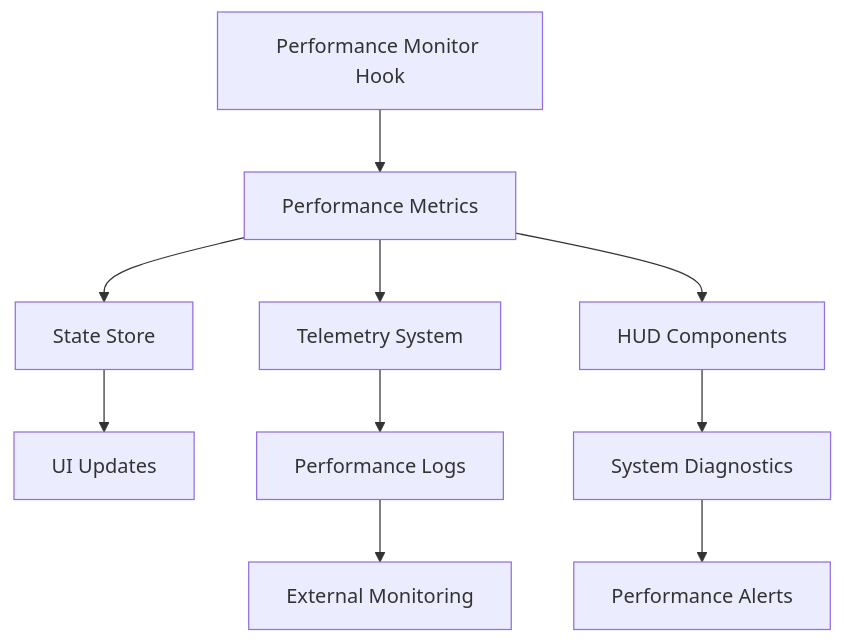
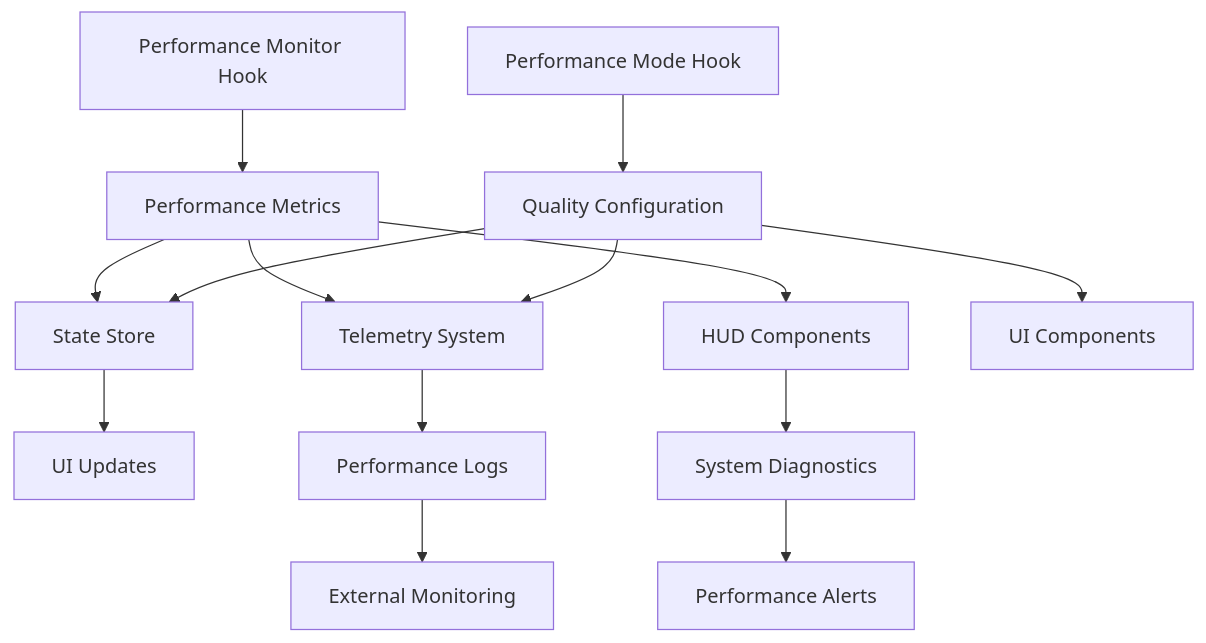
Before and after one commit to Moeabdelaziz007/Aether-Voice-OS: the fifth of 6 diagrams in .qoder/repowiki/en/content/Frontend Application/State Management and Hooks/Performance Monitor Hook.md, drawn with Mermaid. The commit also changed other lines of this file and 29 other files, not shown here.

````diff
--- a/.qoder/repowiki/en/content/Frontend Application/State Management and Hooks/Performance Monitor Hook.md
+++ b/.qoder/repowiki/en/content/Frontend Application/State Management and Hooks/Performance Monitor Hook.md
@@ -209,12 +269,16 @@
 ```mermaid
 flowchart TD
 PMH[Performance Monitor Hook] --> Metrics[Performance Metrics]
+PM[Performance Mode Hook] --> Quality[Quality Configuration]
 Metrics --> Store[State Store]
+Quality --> Store
 Metrics --> Telemetry[Telemetry System]
+Quality --> Telemetry
 Metrics --> HUD[HUD Components]
+Quality --> Components[UI Components]
 Store --> UI[UI Updates]
 Telemetry --> Logs[Performance Logs]
 HUD --> Diagnostics[System Diagnostics]
 Logs --> External[External Monitoring]
 Diagnostics --> Alerts[Performance Alerts]
 ```
````
